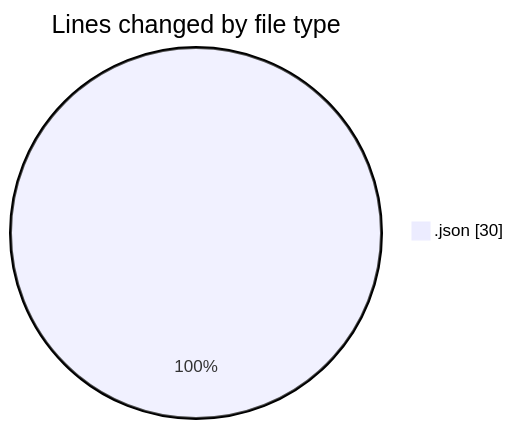
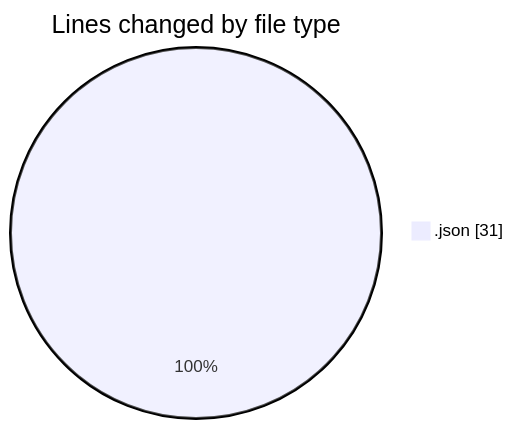
The first of 2 diagrams in 2026-04-22/code_talk/README.md (tmsrecording-cyber/code-tracking), drawn with Mermaid before and after one commit. The commit also changed other lines of this file and 1 other file, not shown here.

````diff
--- a/2026-04-22/code_talk/README.md
+++ b/2026-04-22/code_talk/README.md
@@ -20,5 +20,5 @@
 ```mermaid
 pie showData
 title Lines changed by file type
-".json" : 30
+".json" : 31
 ```
````
